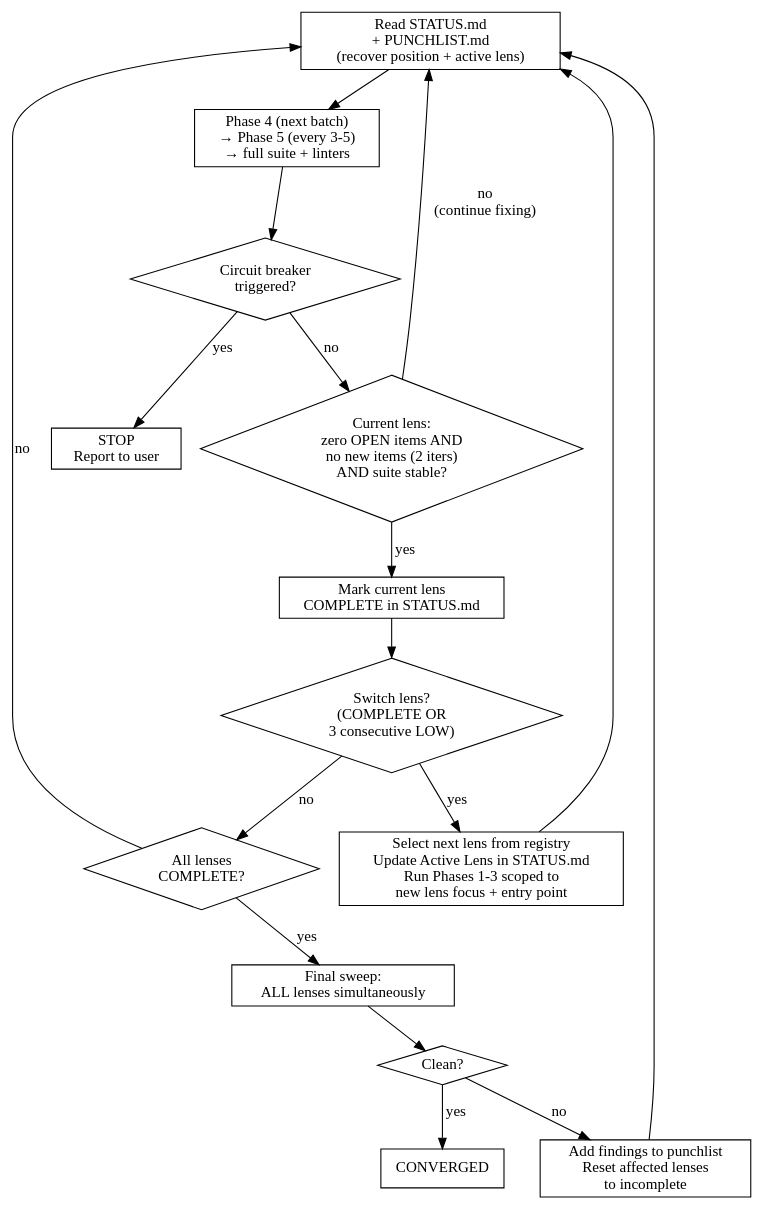
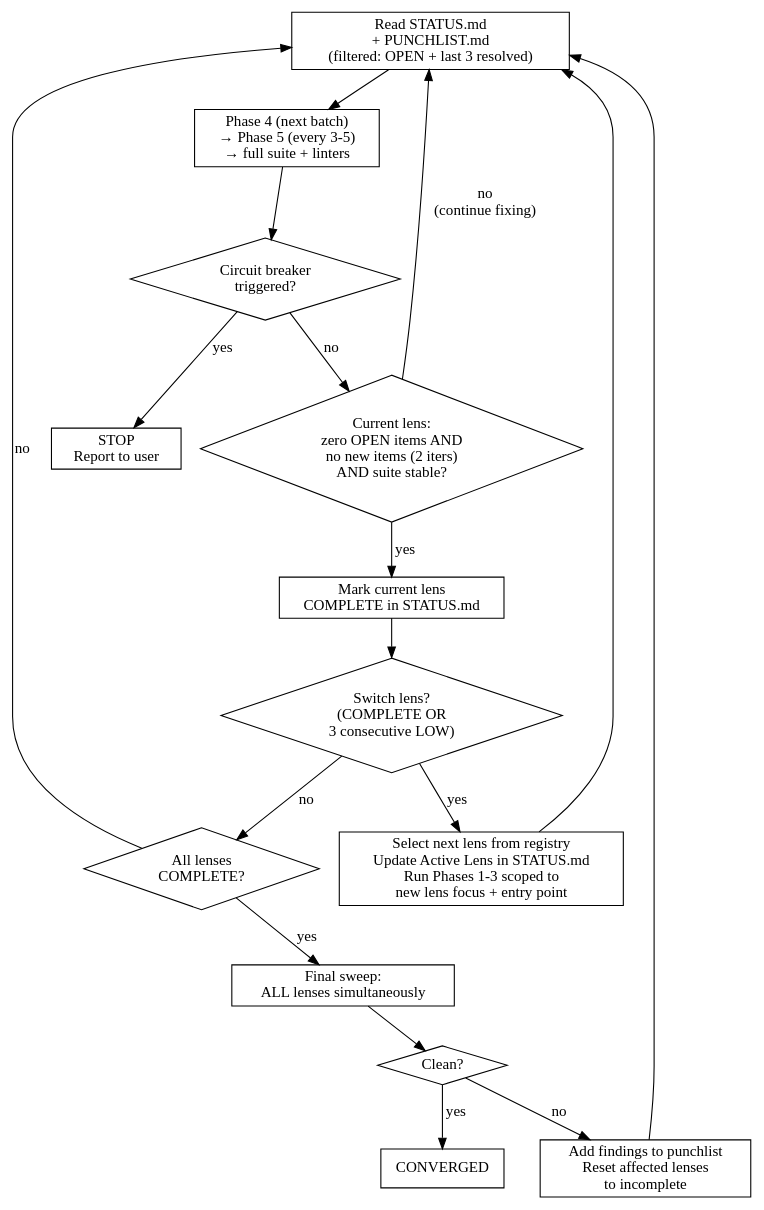
Before and after one commit to jbrjake/holtz: the second of 2 diagrams in skills/holtz/SKILL.md, drawn with Graphviz. The commit also changed other lines of this file and 1 other file, not shown here.

Commit message:
feat(skill): use filtered punchlist reads in Phases 4-6 convergence loop

````diff
--- a/skills/holtz/SKILL.md
+++ b/skills/holtz/SKILL.md
@@ -263,37 +267,37 @@
 ```dot
 digraph {
   rankdir=TB
   node [shape=box]
 
-  recover [label="Read STATUS.md\n+ PUNCHLIST.md\n(recover position + active lens)"]
+  recover [label="Read STATUS.md\n+ PUNCHLIST.md\n(filtered: OPEN + last 3 resolved)"]
   fix_loop [label="Phase 4 (next batch)\n→ Phase 5 (every 3-5)\n→ full suite + linters"]
   breaker [label="Circuit breaker\ntriggered?" shape=diamond]
   stop [label="STOP\nReport to user"]
   lens_clean [label="Current lens:\nzero OPEN items AND\nno new items (2 iters)\nAND suite stable?" shape=diamond]
   mark [label="Mark current lens\nCOMPLETE in STATUS.md"]
   switch [label="Switch lens?\n(COMPLETE OR\n3 consecutive LOW)" shape=diamond]
   next_lens [label="Select next lens from registry\nUpdate Active Lens in STATUS.md\nRun Phases 1-3 scoped to\nnew lens focus + entry point"]
   all_done [label="All lenses\nCOMPLETE?" shape=diamond]
   final [label="Final sweep:\nALL lenses simultaneously"]
   clean [label="Clean?" shape=diamond]
   converged [label="CONVERGED"]
   reset [label="Add findings to punchlist\nReset affected lenses\nto incomplete"]
 
   recover -> fix_loop
   fix_loop -> breaker
   breaker -> stop [label="yes"]
   breaker -> lens_clean [label="no"]
   lens_clean -> mark [label="yes"]
   lens_clean -> recover [label="no\n(continue fixing)"]
   mark -> switch
   switch -> next_lens [label="yes"]
   switch -> all_done [label="no"]
   next_lens -> recover
   all_done -> final [label="yes"]
   all_done -> recover [label="no"]
   final -> clean
   clean -> converged [label="yes"]
   clean -> reset [label="no"]
   reset -> recover
 }
 ```
````
